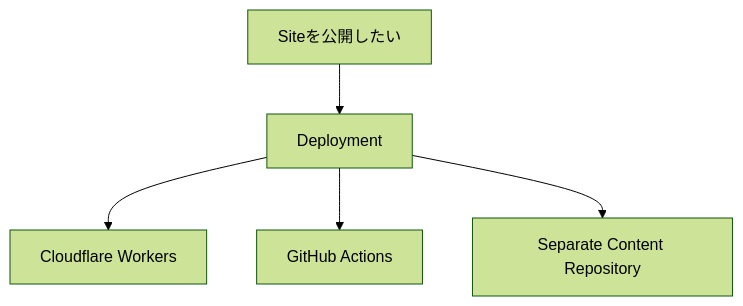
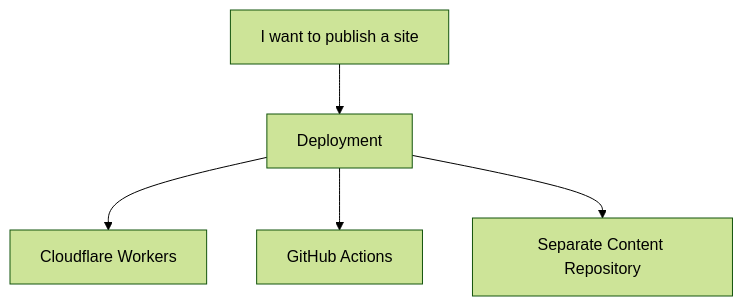
One commit to Rerurate514/riebeckite changed the second of 2 diagrams in docs/docs/guides/README.md. Above: the diagram before and after it, drawn with Mermaid (forest theme). The commit also changed other lines of this file and 604 other files, not shown here.

````diff
--- a/docs/docs/guides/README.md
+++ b/docs/docs/guides/README.md
@@ -74,10 +53,10 @@
-```mermaid id="kb66ux"
+```mermaid
 flowchart TD
-    Deploy["Siteを公開したい"]
+    Deploy["I want to publish a site"]
 
     Deploy --> Overview["Deployment"]
 
     Overview --> Workers["Cloudflare Workers"]
     Overview --> Actions["GitHub Actions"]
     Overview --> Separate["Separate Content Repository"]
 ```
````
